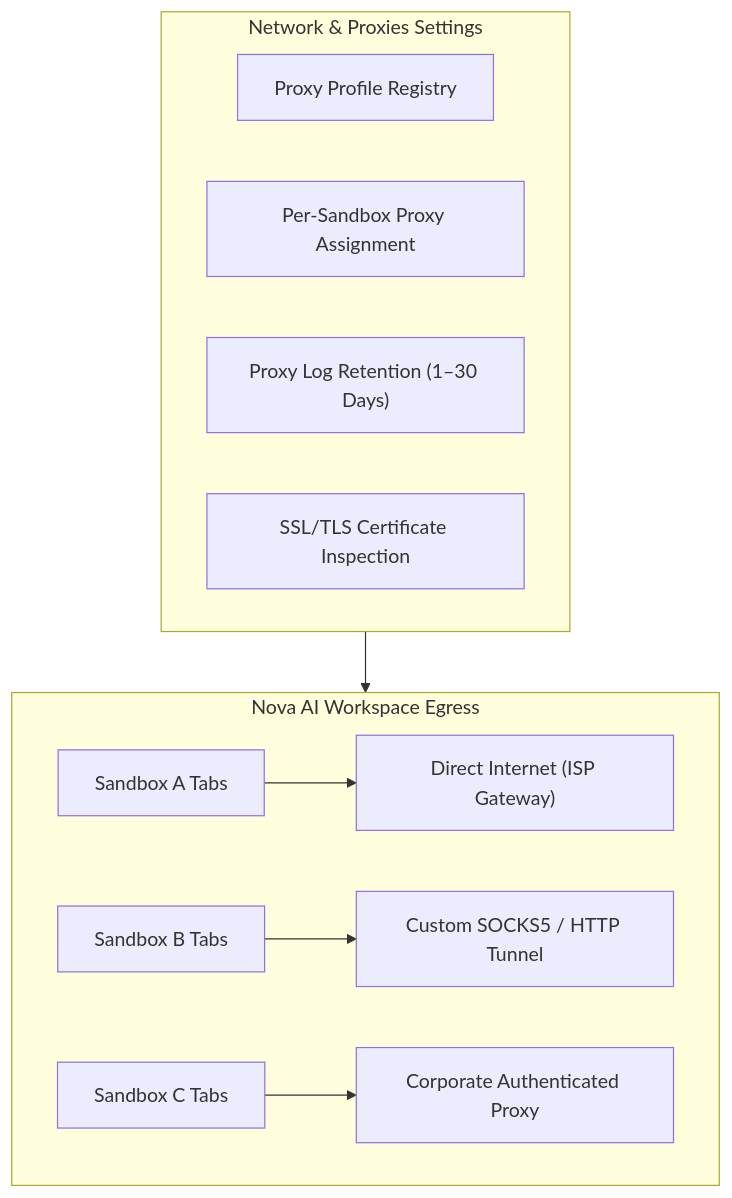
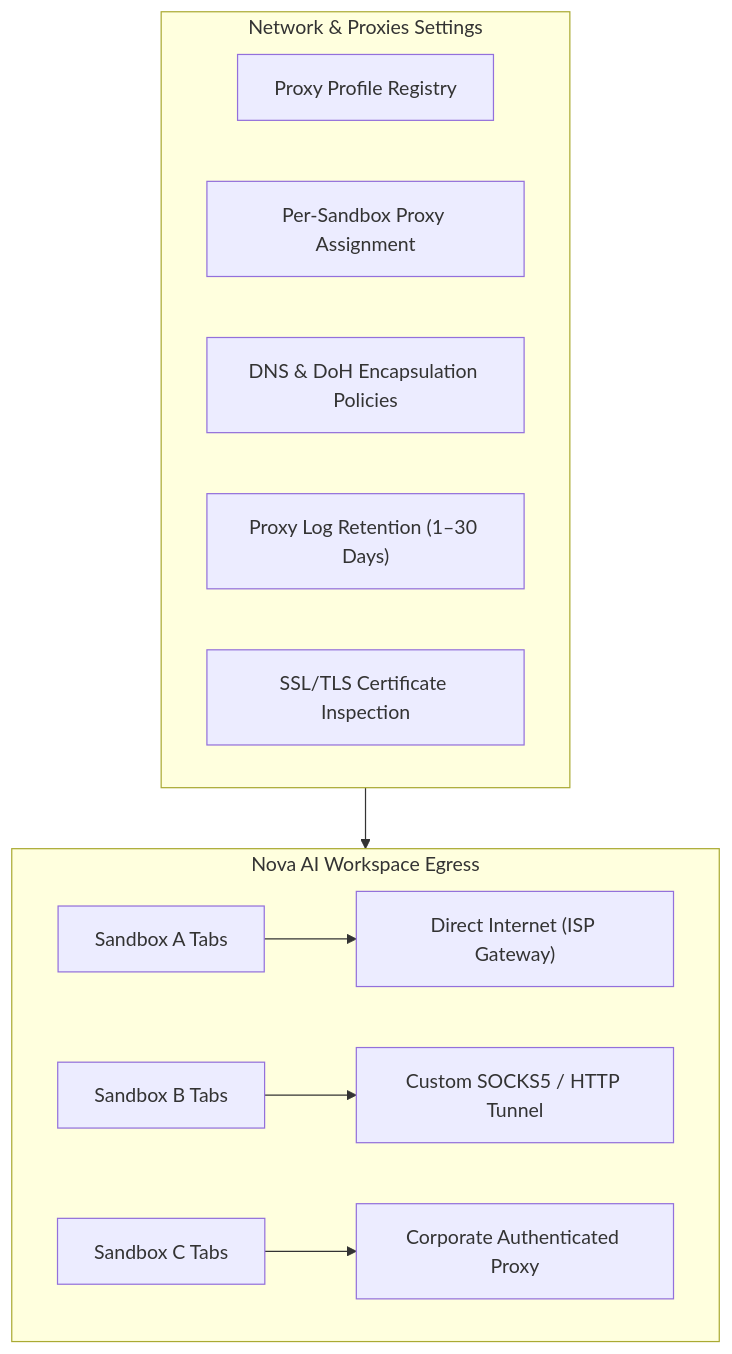
One commit to joelaniol/nova changed the diagram in docs/user-guide/settings/network-and-proxies.md. Above: the diagram before and after it, drawn with Mermaid. The commit also changed other lines of this file and 2 other files, not shown here.

Commit message:
docs(user-guide): expand DNS nameserver diagnostics, DoH routing, and tab automation

````diff
--- a/docs/user-guide/settings/network-and-proxies.md
+++ b/docs/user-guide/settings/network-and-proxies.md
@@ -14,17 +14,18 @@
 ```mermaid
 flowchart TD
     subgraph Browser["Nova AI Workspace Egress"]
         TabDirect["Sandbox A Tabs"] --> DirectNet["Direct Internet (ISP Gateway)"]
         TabProxy["Sandbox B Tabs"] --> SOCKS5["Custom SOCKS5 / HTTP Tunnel"]
         TabTor["Sandbox C Tabs"] --> CorporateProxy["Corporate Authenticated Proxy"]
     end
 
     subgraph NetworkSettings["Network & Proxies Settings"]
         ProxyProfiles["Proxy Profile Registry"]
         SandboxBinding["Per-Sandbox Proxy Assignment"]
+        DnsRouting["DNS & DoH Encapsulation Policies"]
         LogRetention["Proxy Log Retention (1–30 Days)"]
         TLSDiag["SSL/TLS Certificate Inspection"]
     end
 
     NetworkSettings --> Browser
 ```
````
